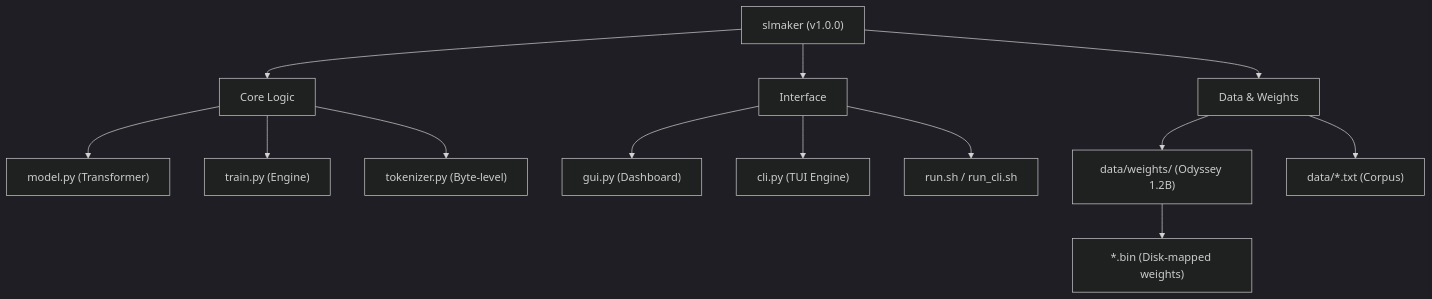
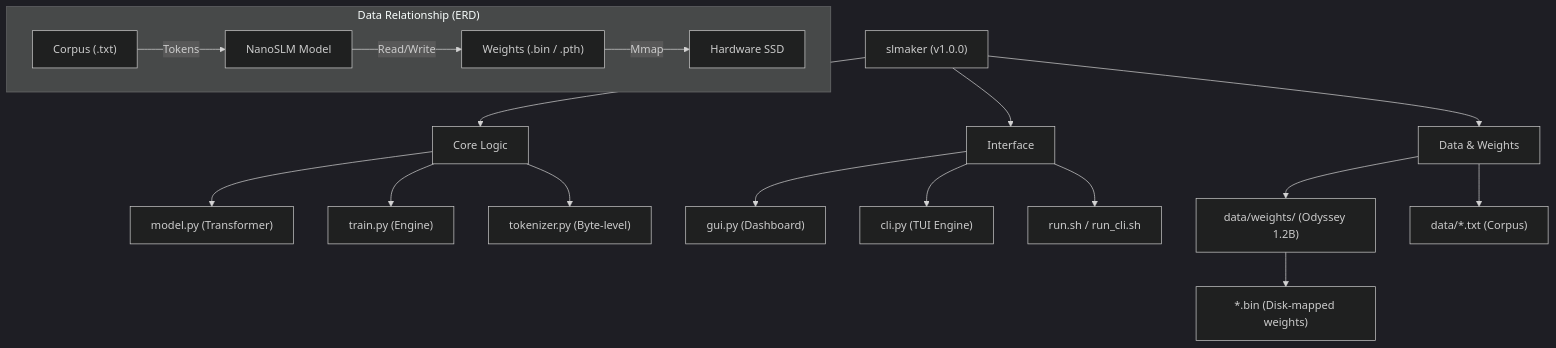
Before and after one commit to hslcrb/slmaker: the first of 2 diagrams in README.md, drawn with Mermaid (dark theme). The commit also changed other lines of this file and 2 other files, not shown here.

````diff
--- a/README.md
+++ b/README.md
@@ -61,19 +61,25 @@
 ```mermaid
 graph TD
     Root["slmaker (v1.0.0)"] --> Core["Core Logic"]
     Root --> UI["Interface"]
     Root --> Data["Data & Weights"]
 
     Core --> M["model.py (Transformer)"]
     Core --> T["train.py (Engine)"]
     Core --> TK["tokenizer.py (Byte-level)"]
 
     UI --> GUI["gui.py (Dashboard)"]
     UI --> CLI["cli.py (TUI Engine)"]
     UI --> SH["run.sh / run_cli.sh"]
 
     Data --> W["data/weights/ (Odyssey 1.2B)"]
     Data --> TXT["data/*.txt (Corpus)"]
     
     W --> BIN["*.bin (Disk-mapped weights)"]
+    
+    subgraph ERD ["Data Relationship (ERD)"]
+        Corpus["Corpus (.txt)"] -- "Tokens" --> Model["NanoSLM Model"]
+        Model -- "Read/Write" --> Weights["Weights (.bin / .pth)"]
+        Weights -- "Mmap" --> SSD["Hardware SSD"]
+    end
 ```
````
